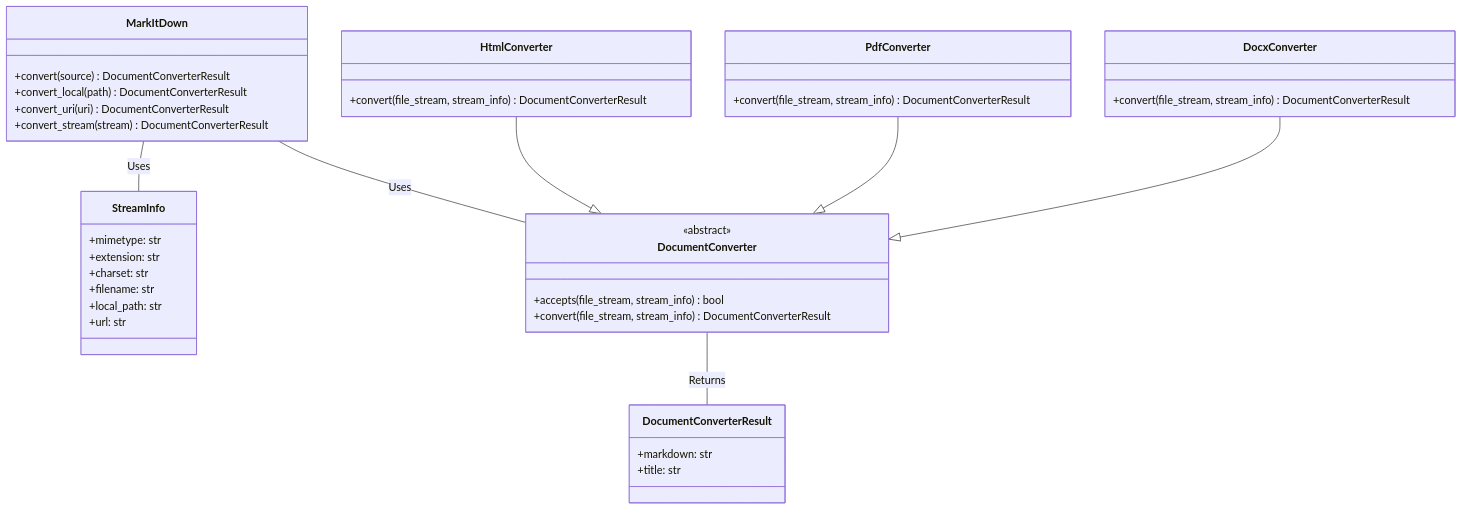
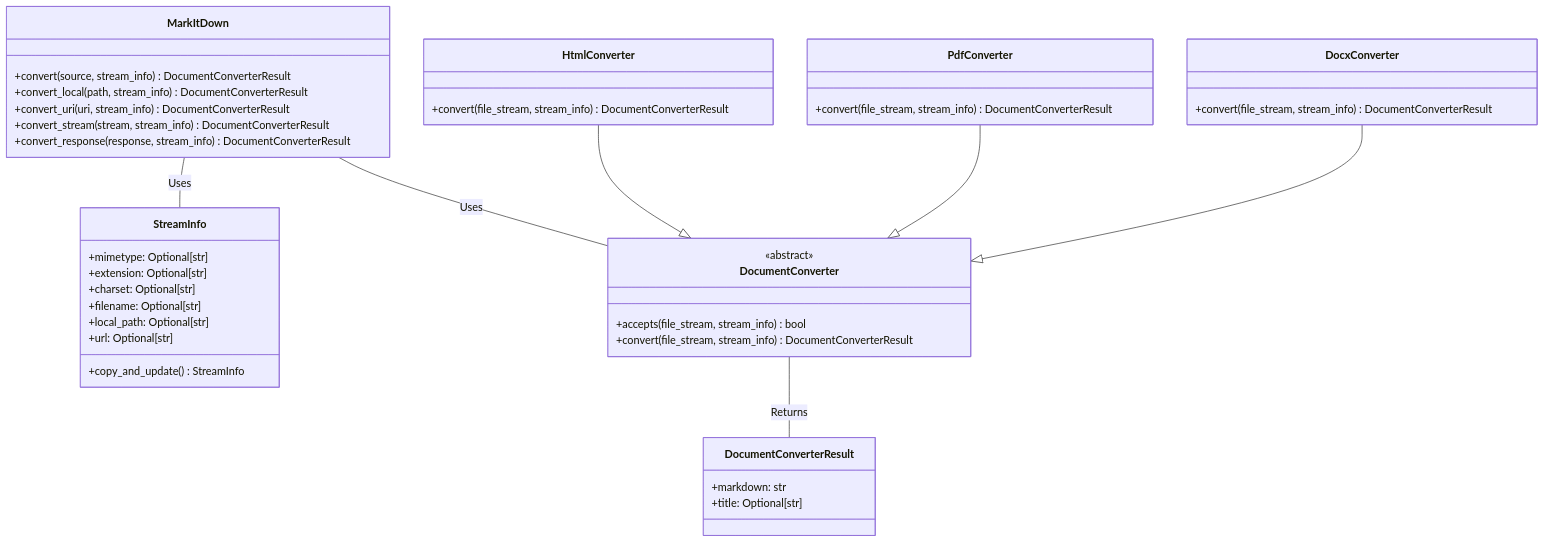
Before and after one commit to CodeBoarding/GeneratedOnBoardings: the second of 2 diagrams in markitdown/Document Converters_details.md, drawn with Mermaid. The commit also changed other lines of this file and 10 other files, not shown here.

````diff
--- a/markitdown/Document Converters_details.md
+++ b/markitdown/Document Converters_details.md
@@ -37,42 +27,44 @@
 ```mermaid
 classDiagram
     class MarkItDown {
-        +convert(source) DocumentConverterResult
-        +convert_local(path) DocumentConverterResult
-        +convert_uri(uri) DocumentConverterResult
-        +convert_stream(stream) DocumentConverterResult
+        +convert(source, stream_info) DocumentConverterResult
+        +convert_local(path, stream_info) DocumentConverterResult
+        +convert_uri(uri, stream_info) DocumentConverterResult
+        +convert_stream(stream, stream_info) DocumentConverterResult
+        +convert_response(response, stream_info) DocumentConverterResult
     }
     class StreamInfo {
-        +mimetype: str
-        +extension: str
-        +charset: str
-        +filename: str
-        +local_path: str
-        +url: str
+        +mimetype: Optional[str]
+        +extension: Optional[str]
+        +charset: Optional[str]
+        +filename: Optional[str]
+        +local_path: Optional[str]
+        +url: Optional[str]
+        +copy_and_update() StreamInfo
     }
     class DocumentConverter {
         <<abstract>>
         +accepts(file_stream, stream_info) bool
         +convert(file_stream, stream_info) DocumentConverterResult
     }
     class DocumentConverterResult {
         +markdown: str
-        +title: str
+        +title: Optional[str]
     }
     class HtmlConverter {
         +convert(file_stream, stream_info) DocumentConverterResult
     }
     class PdfConverter {
         +convert(file_stream, stream_info) DocumentConverterResult
     }
     class DocxConverter {
         +convert(file_stream, stream_info) DocumentConverterResult
     }
 
     MarkItDown -- StreamInfo : Uses
     MarkItDown -- DocumentConverter : Uses
     DocumentConverter -- DocumentConverterResult : Returns
     HtmlConverter --|> DocumentConverter
     PdfConverter --|> DocumentConverter
     DocxConverter --|> DocumentConverter
 ```
````
